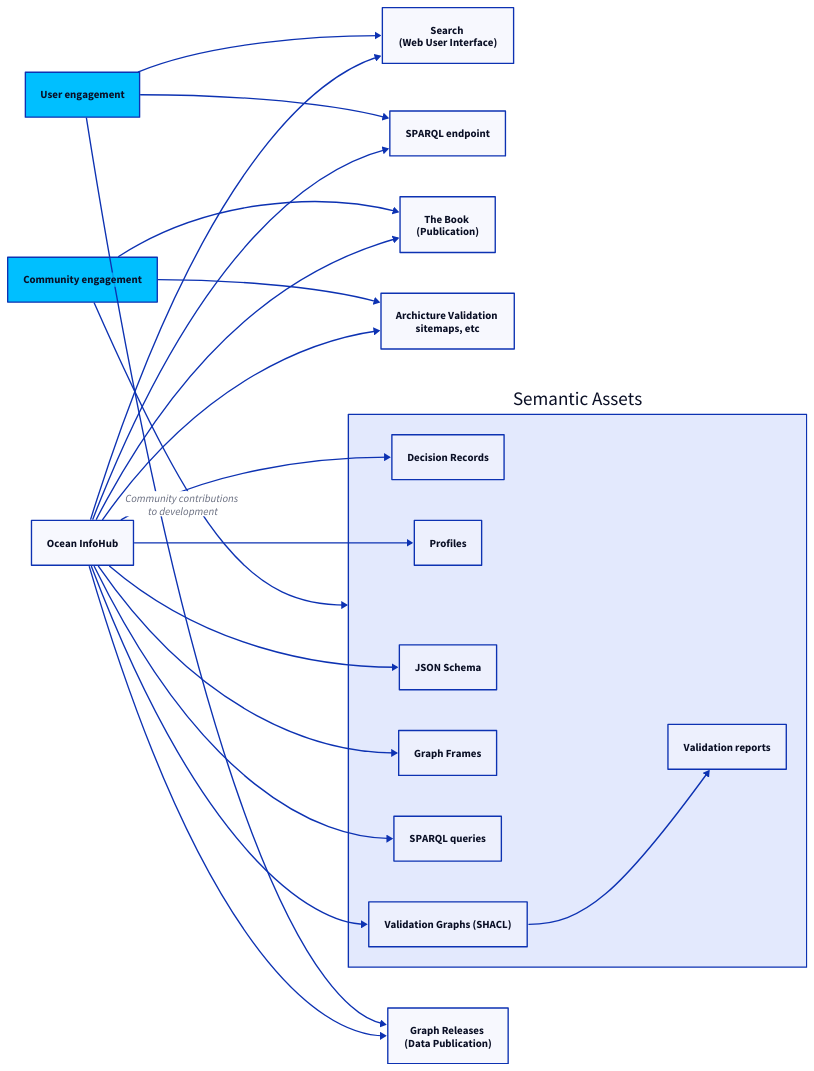
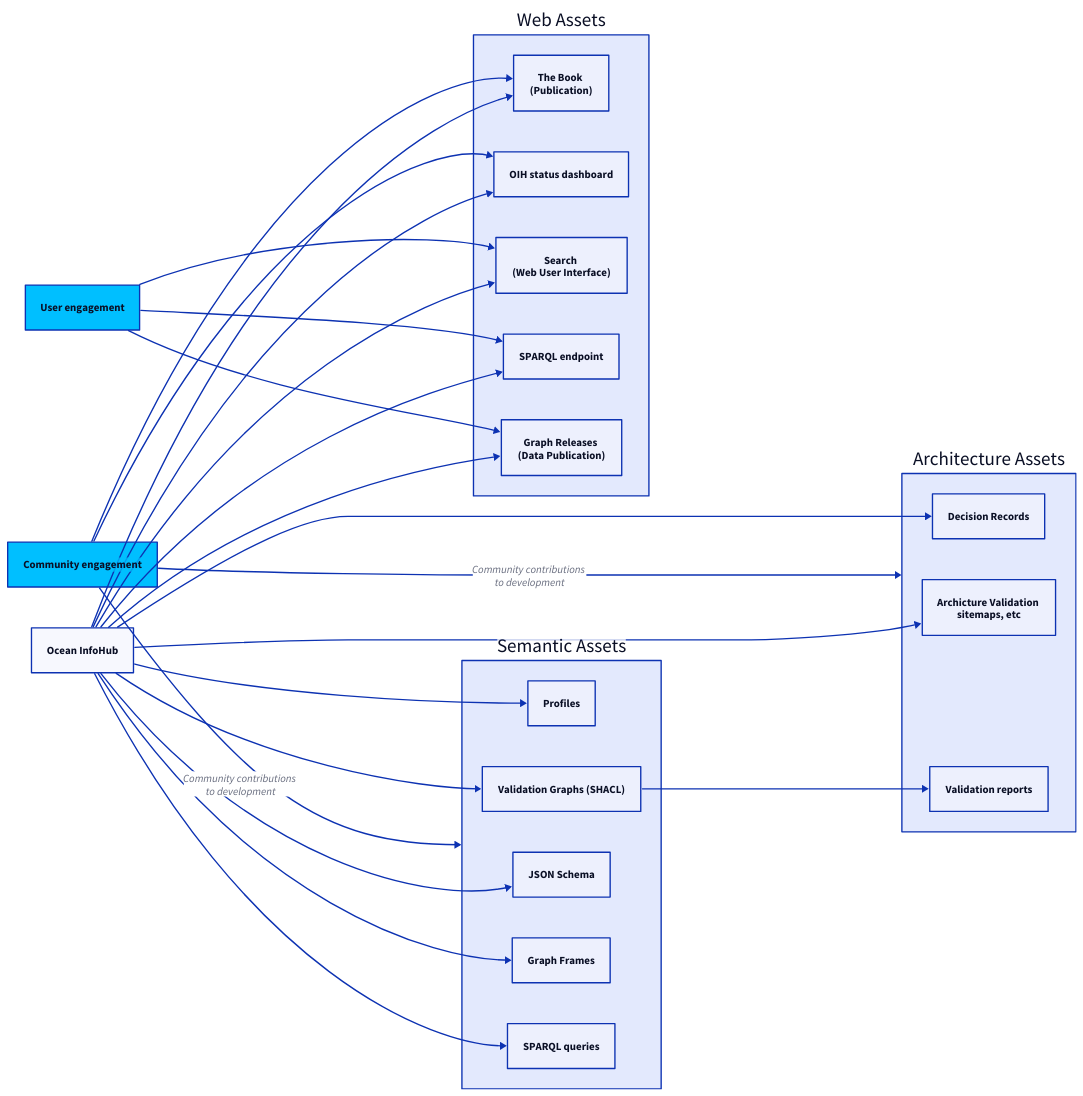
One commit to iodepo/odis-arch changed the diagram in docs/images/oihProducts.d2. Above: the diagram before and after it, drawn with D2. The commit also changed 1 other file, not shown here.

```diff
--- a/docs/images/oihProducts.d2
+++ b/docs/images/oihProducts.d2
@@ -1,53 +1,60 @@
 direction: right
 
 oih: Ocean InfoHub
-search: Search \n (Web User Interface)
-sp: SPARQL endpoint
-book: The Book \n (Publication)
 
-av: Archicture Validation \n sitemaps, etc
-oih -> av
+web: Web Assets
+web.book: The Book \n (Publication)
+web.dashboard: OIH status dashboard
+web.search: Search \n (Web User Interface)
+web.sp: SPARQL endpoint
+web.rg:  Graph Releases \n (Data Publication)
+
+aa: Architecture Assets
+aa.adr:  Decision Records
+aa.av: Archicture Validation \n sitemaps, etc
+aa.reports: Validation reports
+
+oih -> aa.av
+oih -> aa.adr
 
 sa: Semantic Assets
-sa.adr:  Decision Records
 sa.dg:  Profiles
 sa.sg:  Validation Graphs (SHACL)
 sa.js:  JSON Schema
 sa.fr:  Graph Frames
 sa.rs:  SPARQL queries
 
-rg:  Graph Releases \n (Data Publication)
 
-oih -> search
-oih -> sp
-oih -> book
-oih -> sa.adr
+oih -> web.search
+oih -> web.dashboard
+oih -> web.sp
+oih -> web.book
+oih -> web.rg
 oih -> sa.dg
 oih -> sa.sg
 oih -> sa.js
 oih -> sa.fr
 oih -> sa.rs
-oih -> rg
 
-sa.reports: Validation reports
-sa.sg -> sa.reports
+sa.sg -> aa.reports
 
 ce: Community engagement {
   style: {
     fill: deepskyblue
   }
 }
 ue: User engagement {
   style: {
     fill: deepskyblue
   }
 }
 
-search <- ue
-sp <- ue
-rg <- ue
+web.search <- ue
+web.sp <- ue
+web.rg <- ue
 
+web.dashboard <- ce
 sa <- ce: Community contributions \n to development
+aa <- ce: Community contributions \n to development
 # sa.reports <- ce : Community feedback loop \n on validation
-book <- ce
-av <- ce
+web.book <- ce
```
